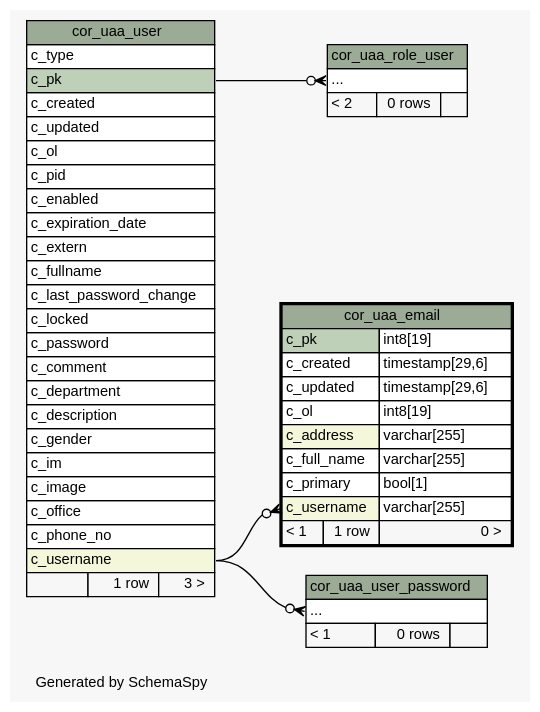
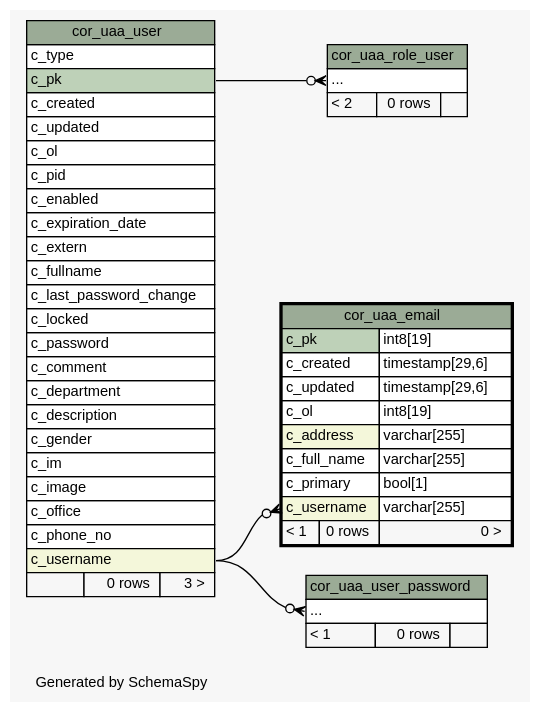
One commit to openwms/org.openwms.core.uaa changed the diagram in 1.1.0-SNAPSHOT/schemaspy/diagrams/cor_uaa_email.2degrees.dot. Above: the diagram before and after it, drawn with Graphviz. The commit also changed 402 other files, not shown here.

```diff
--- a/1.1.0-SNAPSHOT/schemaspy/diagrams/cor_uaa_email.2degrees.dot
+++ b/1.1.0-SNAPSHOT/schemaspy/diagrams/cor_uaa_email.2degrees.dot
@@ -1,93 +1,93 @@
-// dot 2.38.0 on Linux 4.15.0-1077-gcp
+// dot 2.43.0 on Linux 5.4.0-1039-azure
 // SchemaSpy rev Unknown
 digraph "twoDegreesRelationshipsDiagram" {
   graph [
     rankdir="RL"
     bgcolor="#f7f7f7"
     label="\nGenerated by SchemaSpy"
     labeljust="l"
     nodesep="0.18"
     ranksep="0.46"
     fontname="Helvetica"
     fontsize="11"
   ];
   node [
     fontname="Helvetica"
     fontsize="11"
     shape="plaintext"
   ];
   edge [
     arrowsize="0.8"
   ];
   "cor_uaa_email":"c_username":w -> "cor_uaa_user":"c_username":e [arrowhead=none dir=back arrowtail=crowodot];
   "cor_uaa_role_user":"elipses":w -> "cor_uaa_user":"c_pk":e [arrowhead=none dir=back arrowtail=crowodot];
   "cor_uaa_user_password":"elipses":w -> "cor_uaa_user":"c_username":e [arrowhead=none dir=back arrowtail=crowodot];
   "cor_uaa_email" [
     label=<
     <TABLE BORDER="2" CELLBORDER="1" CELLSPACING="0" BGCOLOR="#ffffff">
       <TR><TD COLSPAN="3" BGCOLOR="#9bab96" ALIGN="CENTER">cor_uaa_email</TD></TR>
       <TR><TD PORT="c_pk" COLSPAN="2" BGCOLOR="#bed1b8" ALIGN="LEFT">c_pk</TD><TD PORT="c_pk.type" ALIGN="LEFT">int8[19]</TD></TR>
       <TR><TD PORT="c_created" COLSPAN="2" ALIGN="LEFT">c_created</TD><TD PORT="c_created.type" ALIGN="LEFT">timestamp[29,6]</TD></TR>
       <TR><TD PORT="c_updated" COLSPAN="2" ALIGN="LEFT">c_updated</TD><TD PORT="c_updated.type" ALIGN="LEFT">timestamp[29,6]</TD></TR>
       <TR><TD PORT="c_ol" COLSPAN="2" ALIGN="LEFT">c_ol</TD><TD PORT="c_ol.type" ALIGN="LEFT">int8[19]</TD></TR>
       <TR><TD PORT="c_address" COLSPAN="2" BGCOLOR="#f4f7da" ALIGN="LEFT">c_address</TD><TD PORT="c_address.type" ALIGN="LEFT">varchar[255]</TD></TR>
       <TR><TD PORT="c_full_name" COLSPAN="2" ALIGN="LEFT">c_full_name</TD><TD PORT="c_full_name.type" ALIGN="LEFT">varchar[255]</TD></TR>
       <TR><TD PORT="c_primary" COLSPAN="2" ALIGN="LEFT">c_primary</TD><TD PORT="c_primary.type" ALIGN="LEFT">bool[1]</TD></TR>
       <TR><TD PORT="c_username" COLSPAN="2" BGCOLOR="#f4f7da" ALIGN="LEFT">c_username</TD><TD PORT="c_username.type" ALIGN="LEFT">varchar[255]</TD></TR>
-      <TR><TD ALIGN="LEFT" BGCOLOR="#f7f7f7">&lt; 1</TD><TD ALIGN="RIGHT" BGCOLOR="#f7f7f7">1 row</TD><TD ALIGN="RIGHT" BGCOLOR="#f7f7f7">0 &gt;</TD></TR>
+      <TR><TD ALIGN="LEFT" BGCOLOR="#f7f7f7">&lt; 1</TD><TD ALIGN="RIGHT" BGCOLOR="#f7f7f7">0 rows</TD><TD ALIGN="RIGHT" BGCOLOR="#f7f7f7">0 &gt;</TD></TR>
     </TABLE>>
     URL="cor_uaa_email.html"
     tooltip="cor_uaa_email"
   ];
   "cor_uaa_role_user" [
     label=<
     <TABLE BORDER="0" CELLBORDER="1" CELLSPACING="0" BGCOLOR="#ffffff">
       <TR><TD COLSPAN="3" BGCOLOR="#9bab96" ALIGN="CENTER">cor_uaa_role_user</TD></TR>
       <TR><TD PORT="elipses" COLSPAN="3" ALIGN="LEFT">...</TD></TR>
       <TR><TD ALIGN="LEFT" BGCOLOR="#f7f7f7">&lt; 2</TD><TD ALIGN="RIGHT" BGCOLOR="#f7f7f7">0 rows</TD><TD ALIGN="RIGHT" BGCOLOR="#f7f7f7">  </TD></TR>
     </TABLE>>
     URL="cor_uaa_role_user.html"
     tooltip="cor_uaa_role_user"
   ];
   "cor_uaa_user" [
     label=<
     <TABLE BORDER="0" CELLBORDER="1" CELLSPACING="0" BGCOLOR="#ffffff">
       <TR><TD COLSPAN="3" BGCOLOR="#9bab96" ALIGN="CENTER">cor_uaa_user</TD></TR>
       <TR><TD PORT="c_type" COLSPAN="3" ALIGN="LEFT">c_type</TD></TR>
       <TR><TD PORT="c_pk" COLSPAN="3" BGCOLOR="#bed1b8" ALIGN="LEFT">c_pk</TD></TR>
       <TR><TD PORT="c_created" COLSPAN="3" ALIGN="LEFT">c_created</TD></TR>
       <TR><TD PORT="c_updated" COLSPAN="3" ALIGN="LEFT">c_updated</TD></TR>
       <TR><TD PORT="c_ol" COLSPAN="3" ALIGN="LEFT">c_ol</TD></TR>
       <TR><TD PORT="c_pid" COLSPAN="3" ALIGN="LEFT">c_pid</TD></TR>
       <TR><TD PORT="c_enabled" COLSPAN="3" ALIGN="LEFT">c_enabled</TD></TR>
       <TR><TD PORT="c_expiration_date" COLSPAN="3" ALIGN="LEFT">c_expiration_date</TD></TR>
       <TR><TD PORT="c_extern" COLSPAN="3" ALIGN="LEFT">c_extern</TD></TR>
       <TR><TD PORT="c_fullname" COLSPAN="3" ALIGN="LEFT">c_fullname</TD></TR>
       <TR><TD PORT="c_last_password_change" COLSPAN="3" ALIGN="LEFT">c_last_password_change</TD></TR>
       <TR><TD PORT="c_locked" COLSPAN="3" ALIGN="LEFT">c_locked</TD></TR>
       <TR><TD PORT="c_password" COLSPAN="3" ALIGN="LEFT">c_password</TD></TR>
       <TR><TD PORT="c_comment" COLSPAN="3" ALIGN="LEFT">c_comment</TD></TR>
       <TR><TD PORT="c_department" COLSPAN="3" ALIGN="LEFT">c_department</TD></TR>
       <TR><TD PORT="c_description" COLSPAN="3" ALIGN="LEFT">c_description</TD></TR>
       <TR><TD PORT="c_gender" COLSPAN="3" ALIGN="LEFT">c_gender</TD></TR>
       <TR><TD PORT="c_im" COLSPAN="3" ALIGN="LEFT">c_im</TD></TR>
       <TR><TD PORT="c_image" COLSPAN="3" ALIGN="LEFT">c_image</TD></TR>
       <TR><TD PORT="c_office" COLSPAN="3" ALIGN="LEFT">c_office</TD></TR>
       <TR><TD PORT="c_phone_no" COLSPAN="3" ALIGN="LEFT">c_phone_no</TD></TR>
       <TR><TD PORT="c_username" COLSPAN="3" BGCOLOR="#f4f7da" ALIGN="LEFT">c_username</TD></TR>
-      <TR><TD ALIGN="LEFT" BGCOLOR="#f7f7f7">  </TD><TD ALIGN="RIGHT" BGCOLOR="#f7f7f7">1 row</TD><TD ALIGN="RIGHT" BGCOLOR="#f7f7f7">3 &gt;</TD></TR>
+      <TR><TD ALIGN="LEFT" BGCOLOR="#f7f7f7">  </TD><TD ALIGN="RIGHT" BGCOLOR="#f7f7f7">0 rows</TD><TD ALIGN="RIGHT" BGCOLOR="#f7f7f7">3 &gt;</TD></TR>
     </TABLE>>
     URL="cor_uaa_user.html"
     tooltip="cor_uaa_user"
   ];
   "cor_uaa_user_password" [
     label=<
     <TABLE BORDER="0" CELLBORDER="1" CELLSPACING="0" BGCOLOR="#ffffff">
       <TR><TD COLSPAN="3" BGCOLOR="#9bab96" ALIGN="CENTER">cor_uaa_user_password</TD></TR>
       <TR><TD PORT="elipses" COLSPAN="3" ALIGN="LEFT">...</TD></TR>
       <TR><TD ALIGN="LEFT" BGCOLOR="#f7f7f7">&lt; 1</TD><TD ALIGN="RIGHT" BGCOLOR="#f7f7f7">0 rows</TD><TD ALIGN="RIGHT" BGCOLOR="#f7f7f7">  </TD></TR>
     </TABLE>>
     URL="cor_uaa_user_password.html"
     tooltip="cor_uaa_user_password"
   ];
 }
```
